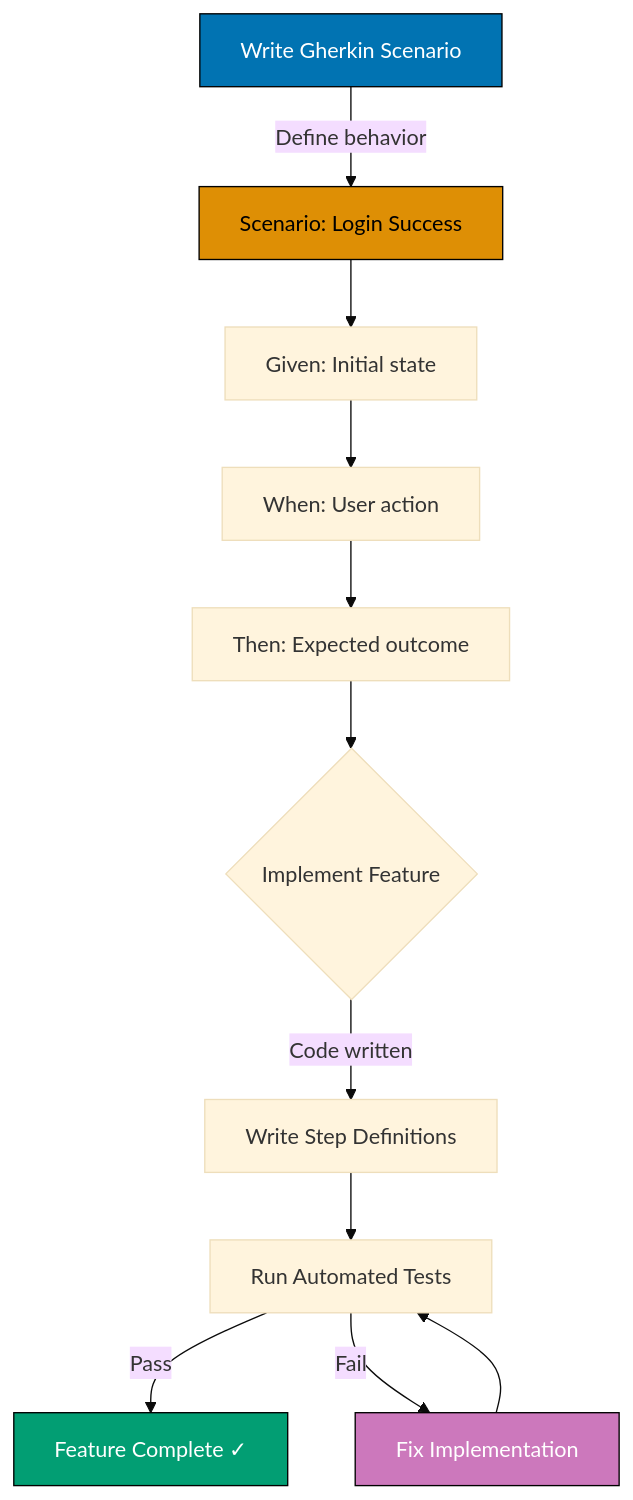
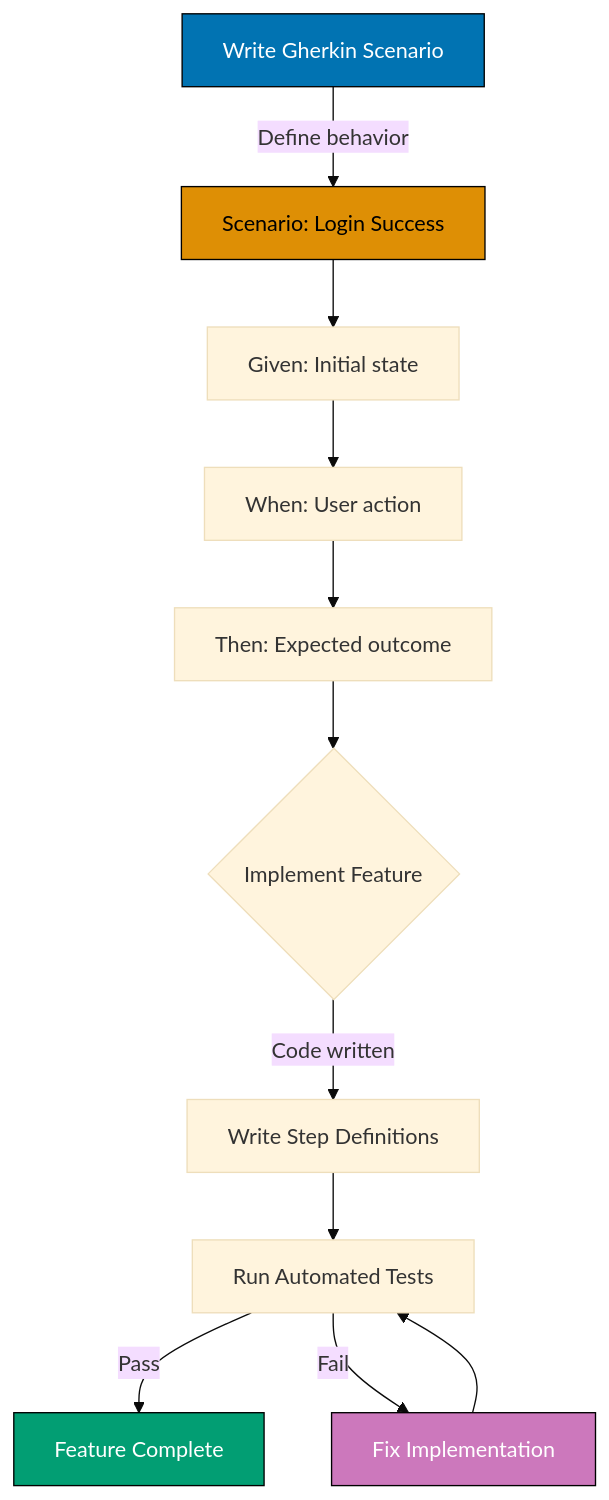
One commit to wahidyankf/open-sharia-enterprise changed the diagram in governance/development/infra/acceptance-criteria.md. Above: the diagram before and after it, drawn with Mermaid (base theme). The commit also changed other lines of this file and 215 other files, not shown here.

````diff
--- a/governance/development/infra/acceptance-criteria.md
+++ b/governance/development/infra/acceptance-criteria.md
@@ -458,18 +458,18 @@
 ```mermaid
 graph TD
 	A[Write Gherkin Scenario] -->|Define behavior| B[Scenario: Login Success]
 	B --> C[Given: Initial state]
 	C --> D[When: User action]
 	D --> E[Then: Expected outcome]
 	E --> F{Implement Feature}
 	F -->|Code written| G[Write Step Definitions]
 	G --> H[Run Automated Tests]
-	H -->|Pass| I[Feature Complete ✓]
+	H -->|Pass| I[Feature Complete ]
 	H -->|Fail| J[Fix Implementation]
 	J --> H
 
 	style A fill:#0173B2,stroke:#000,color:#fff
 	style B fill:#DE8F05,stroke:#000,color:#000
 	style I fill:#029E73,stroke:#000,color:#fff
 	style J fill:#CC78BC,stroke:#000,color:#fff
 ```
````
